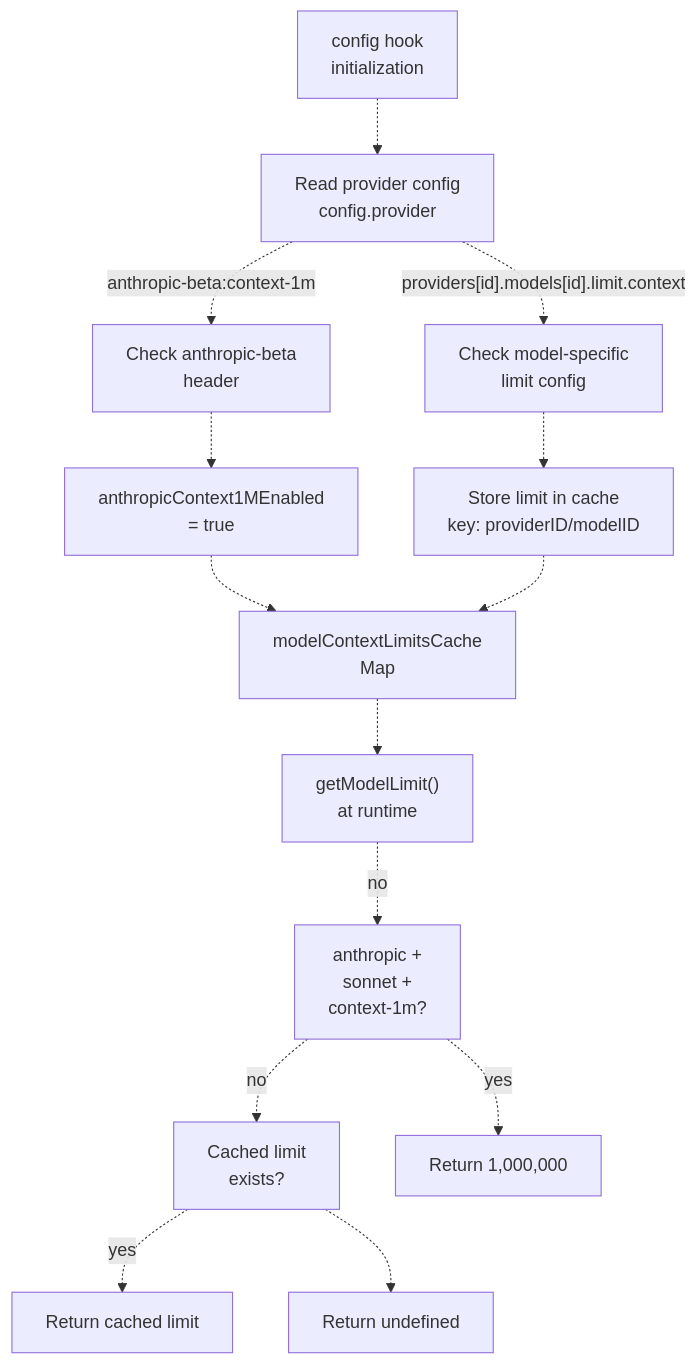
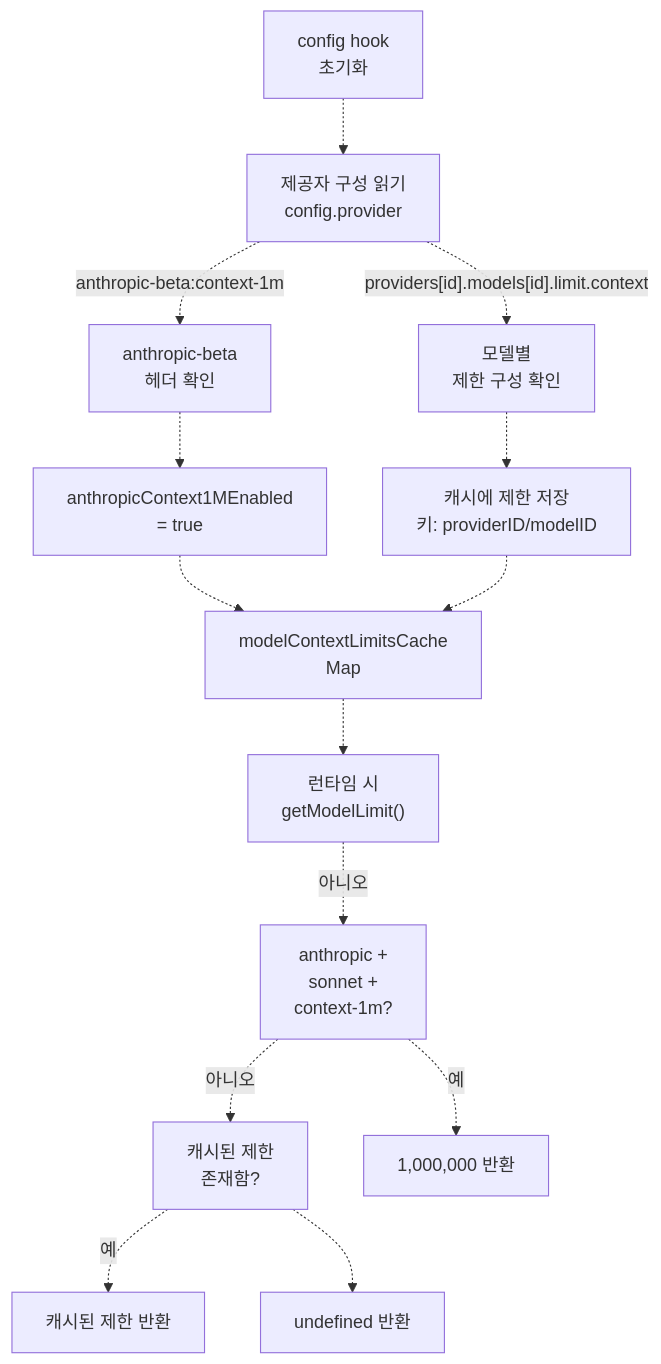
The third of 4 diagrams in docs/advanced/model-configuration.md (felipetruman/oh-my-opencode-docs), drawn with Mermaid before and after one commit. The commit also changed other lines of this file and 76 other files, not shown here.

````diff
--- a/docs/advanced/model-configuration.md
+++ b/docs/advanced/model-configuration.md
@@ -180,31 +178,31 @@
 ```mermaid
 flowchart TD
 
-Config["config hook<br>initialization"]
-Check1["Read provider config<br>config.provider"]
-Check2["Check anthropic-beta<br>header"]
-Check3["Check model-specific<br>limit config"]
+Config["config hook<br>초기화"]
+Check1["제공자 구성 읽기<br>config.provider"]
+Check2["anthropic-beta<br>헤더 확인"]
+Check3["모델별<br>제한 구성 확인"]
 Cache["modelContextLimitsCache<br>Map<string, number>"]
 Beta["anthropicContext1MEnabled<br>= true"]
-Limit["Store limit in cache<br>key: providerID/modelID"]
-Runtime["getModelLimit()<br>at runtime"]
+Limit["캐시에 제한 저장<br>키: providerID/modelID"]
+Runtime["런타임 시<br>getModelLimit()"]
 CheckBeta["anthropic +<br>sonnet +<br>context-1m?"]
-CheckCache["Cached limit<br>exists?"]
-Return1M["Return 1,000,000"]
-ReturnCached["Return cached limit"]
-ReturnUndef["Return undefined"]
+CheckCache["캐시된 제한<br>존재함?"]
+Return1M["1,000,000 반환"]
+ReturnCached["캐시된 제한 반환"]
+ReturnUndef["undefined 반환"]
 
 Config -.-> Check1
 Check1 -.->|"anthropic-beta:context-1m"| Check2
 Check1 -.->|"providers[id].models[id].limit.context"| Check3
 Check2 -.-> Beta
 Check3 -.-> Limit
 Beta -.-> Cache
 Limit -.-> Cache
 Cache -.-> Runtime
-Runtime -.->|"no"| CheckBeta
-CheckBeta -.->|"yes"| Return1M
-CheckBeta -.->|"no"| CheckCache
-CheckCache -.->|"yes"| ReturnCached
+Runtime -.->|"아니오"| CheckBeta
+CheckBeta -.->|"예"| Return1M
+CheckBeta -.->|"아니오"| CheckCache
+CheckCache -.->|"예"| ReturnCached
 CheckCache -.-> ReturnUndef
 ```
````
